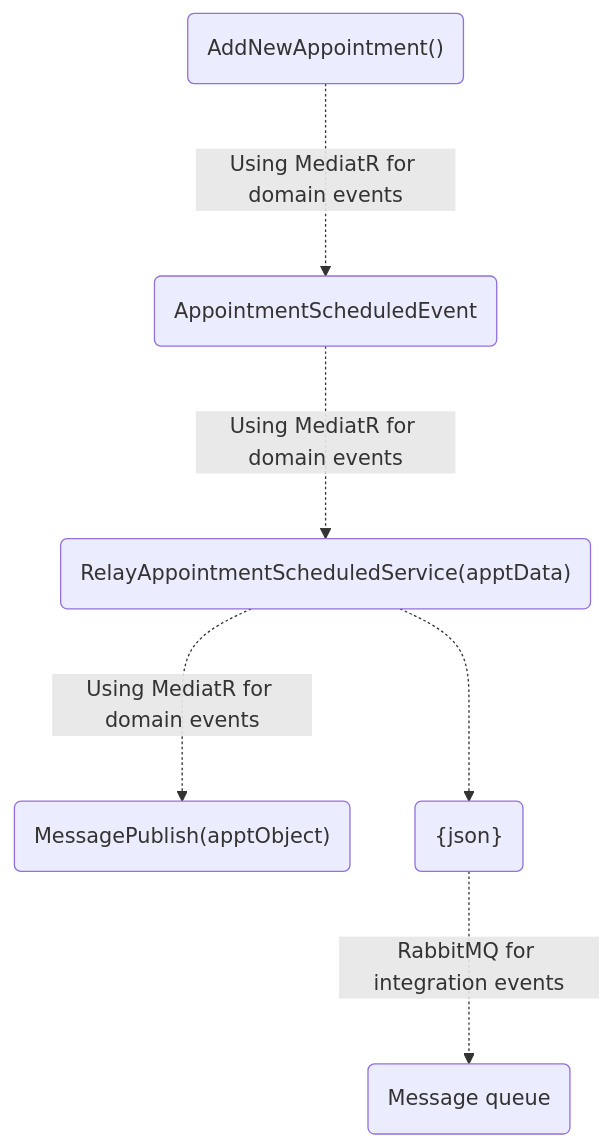
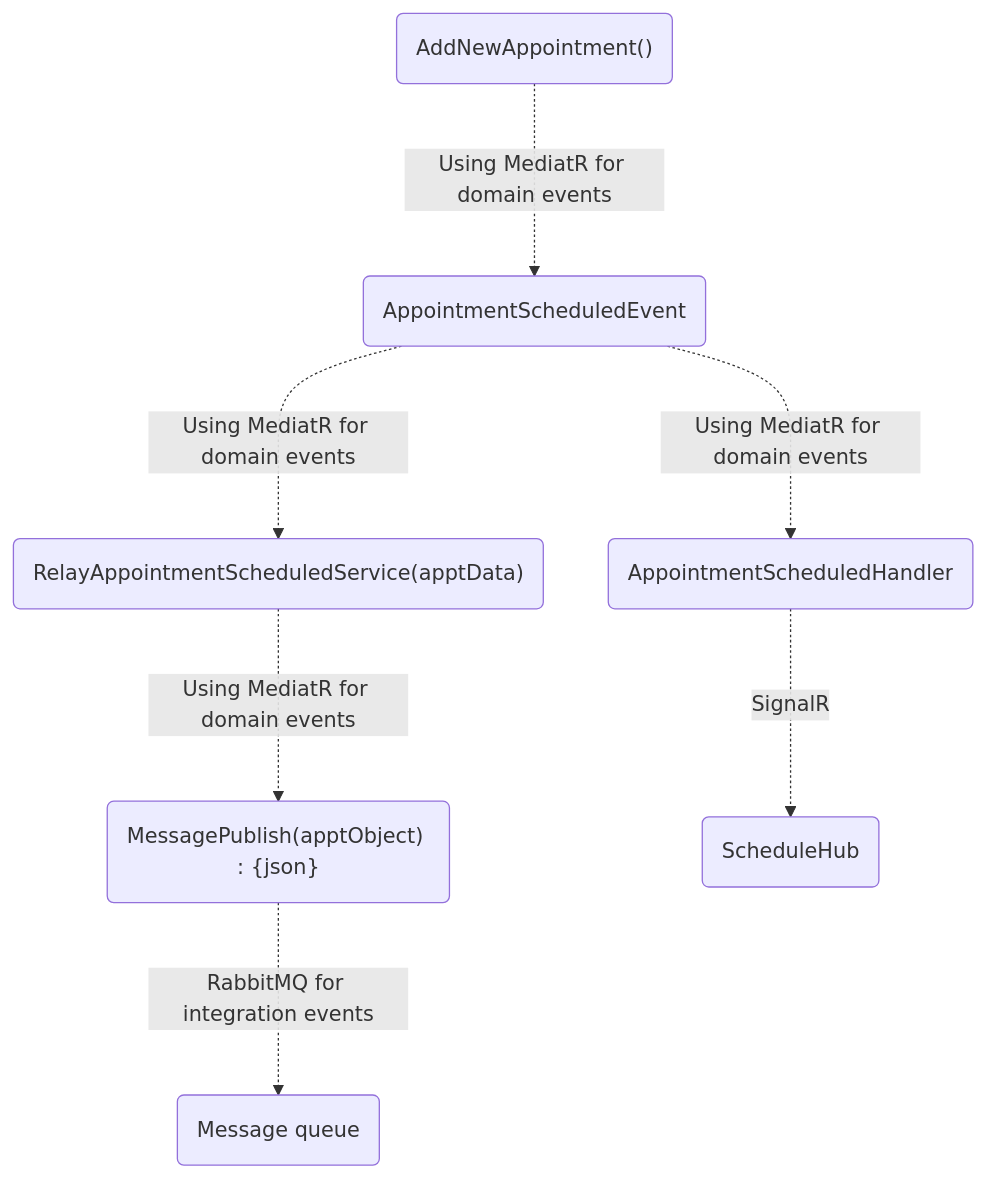
The diagram in 13. DDD/Message Queues.md (pirocorp/Object-Oriented-Design), drawn with Mermaid before and after one commit.

Commit message:
Update Message Queues.md

````diff
--- a/13. DDD/Message Queues.md
+++ b/13. DDD/Message Queues.md
@@ -23,6 +23,6 @@
 ```mermaid
 flowchart TB
-id1("AddNewAppointment()") -. "Using MediatR for domain events" -..-> id2("AppointmentScheduledEvent") -. "Using MediatR for domain events" -..-> id3("RelayAppointmentScheduledService(apptData)") -. "Using MediatR for domain events" -..-> id4("MessagePublish(apptObject)")
-  
-id3("RelayAppointmentScheduledService(apptData)") -..-> id5("{json}") -. "RabbitMQ for integration events" -..-> id6("Message queue")
+id1("AddNewAppointment()") -. "Using MediatR for domain events" -..-> id2("AppointmentScheduledEvent") -. "Using MediatR for domain events" -..-> id3("RelayAppointmentScheduledService(apptData)") -. "Using MediatR for domain events" -..-> id4("MessagePublish(apptObject) : {json}") -. "RabbitMQ for integration events" -..-> id6("Message queue")
+
+id2("AppointmentScheduledEvent") -. "Using MediatR for domain events" -..-> id7("AppointmentScheduledHandler") -. "SignalR" -..-> id8("ScheduleHub")
 ```
````
